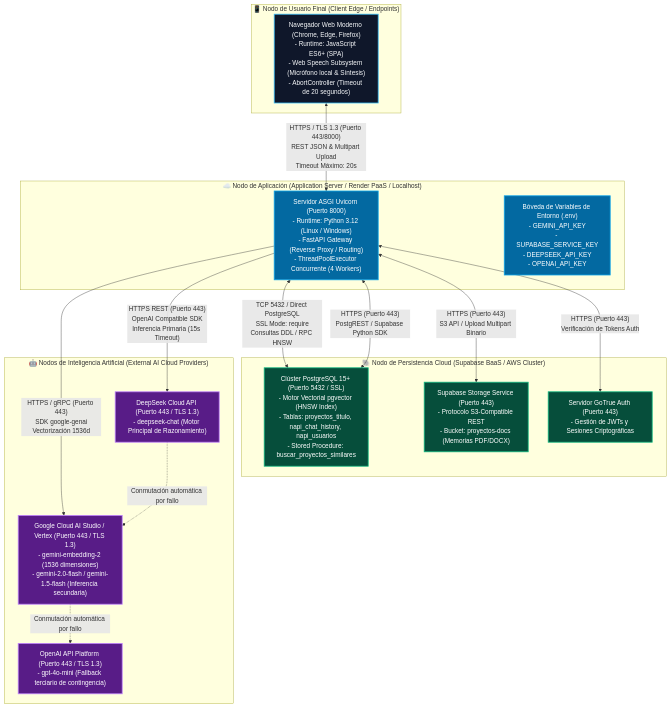
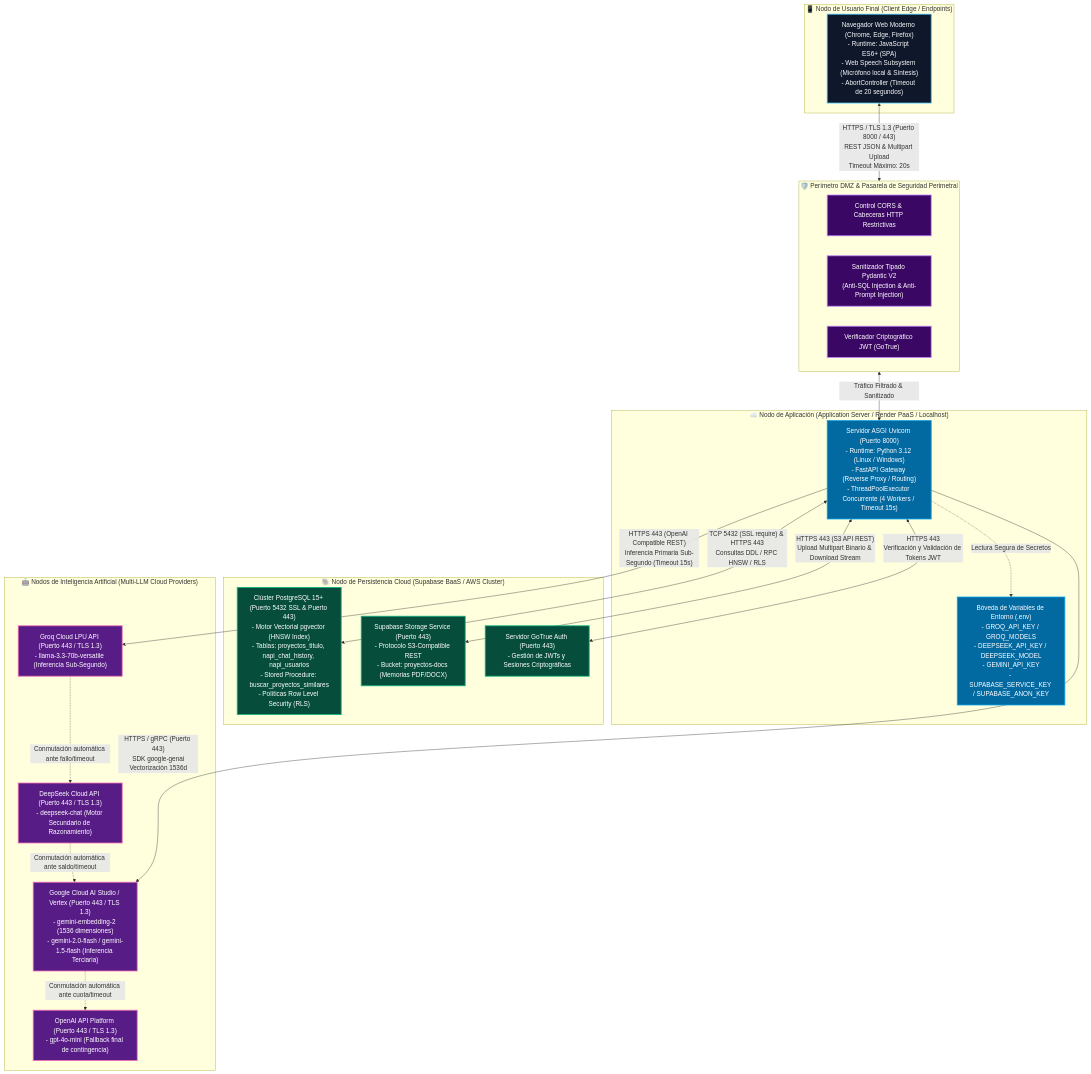
Before and after one commit to MemoryTesis2026/N.A.P.I: the diagram in docs/arquitectura/04_topologia_comunicacion.md, drawn with Mermaid. The commit also changed other lines of this file and 6 other files, not shown here.

````diff
--- a/docs/arquitectura/04_topologia_comunicacion.md
+++ b/docs/arquitectura/04_topologia_comunicacion.md
@@ -10,49 +10,59 @@
 ```mermaid
 graph TB
     %% Estilos de Nodos de Infraestructura
     classDef clientNode fill:#0f172a,stroke:#38bdf8,stroke-width:2px,color:#f8fafc;
+    classDef dmzNode fill:#3b0764,stroke:#c084fc,stroke-width:2px,color:#ffffff;
     classDef appNode fill:#0369a1,stroke:#0ea5e9,stroke-width:2px,color:#ffffff;
     classDef dbNode fill:#064e3b,stroke:#10b981,stroke-width:2px,color:#ffffff;
-    classDef cloudAINode fill:#581c87,stroke:#c084fc,stroke-width:2px,color:#ffffff;
+    classDef cloudAINode fill:#581c87,stroke:#f472b6,stroke-width:2px,color:#ffffff;
 
     %% NODO CLIENTE
     subgraph Node_Client ["📱 Nodo de Usuario Final (Client Edge / Endpoints)"]
         Browser["Navegador Web Moderno (Chrome, Edge, Firefox)\n- Runtime: JavaScript ES6+ (SPA)\n- Web Speech Subsystem (Micrófono local & Síntesis)\n- AbortController (Timeout de 20 segundos)"]:::clientNode
     end
 
-    %% ZONA DMZ / SERVIDOR DE APLICACIÓN
+    %% ZONA DMZ Y PASARELA DE SEGURIDAD
+    subgraph Node_DMZ ["🛡️ Perímetro DMZ & Pasarela de Seguridad Perimetral"]
+        CORSControl["Control CORS & Cabeceras HTTP Restrictivas"]:::dmzNode
+        PydanticSanitize["Sanitizador Tipado Pydantic V2\n(Anti-SQL Injection & Anti-Prompt Injection)"]:::dmzNode
+        TokenValidator["Verificador Criptográfico JWT (GoTrue)"]:::dmzNode
+    end
+
+    %% NODO SERVIDOR DE APLICACIÓN
     subgraph Node_AppServer ["☁️ Nodo de Aplicación (Application Server / Render PaaS / Localhost)"]
-        Uvicorn["Servidor ASGI Uvicorn (Puerto 8000)\n- Runtime: Python 3.12 (Linux / Windows)\n- FastAPI Gateway (Reverse Proxy / Routing)\n- ThreadPoolExecutor Concurrente (4 Workers)"]:::appNode
-        EnvFile["Bóveda de Variables de Entorno (.env)\n- GEMINI_API_KEY\n- SUPABASE_SERVICE_KEY\n- DEEPSEEK_API_KEY\n- OPENAI_API_KEY"]:::appNode
+        Uvicorn["Servidor ASGI Uvicorn (Puerto 8000)\n- Runtime: Python 3.12 (Linux / Windows)\n- FastAPI Gateway (Reverse Proxy / Routing)\n- ThreadPoolExecutor Concurrente (4 Workers / Timeout 15s)"]:::appNode
+        EnvFile["Bóveda de Variables de Entorno (.env)\n- GROQ_API_KEY / GROQ_MODELS\n- DEEPSEEK_API_KEY / DEEPSEEK_MODEL\n- GEMINI_API_KEY\n- SUPABASE_SERVICE_KEY / SUPABASE_ANON_KEY"]:::appNode
     end
 
     %% ZONA CLOUD BAAS SUPABASE
     subgraph Node_SupabaseCloud ["🐘 Nodo de Persistencia Cloud (Supabase BaaS / AWS Cluster)"]
-        PG_Instance["Clúster PostgreSQL 15+ (Puerto 5432 / SSL)\n- Motor Vectorial pgvector (HNSW Index)\n- Tablas: proyectos_titulo, napi_chat_history, napi_usuarios\n- Stored Procedure: buscar_proyectos_similares"]:::dbNode
+        PG_Instance["Clúster PostgreSQL 15+ (Puerto 5432 SSL & Puerto 443)\n- Motor Vectorial pgvector (HNSW Index)\n- Tablas: proyectos_titulo, napi_chat_history, napi_usuarios\n- Stored Procedure: buscar_proyectos_similares\n- Políticas Row Level Security (RLS)"]:::dbNode
         Storage_Gateway["Supabase Storage Service (Puerto 443)\n- Protocolo S3-Compatible REST\n- Bucket: proyectos-docs (Memorias PDF/DOCX)"]:::dbNode
         Auth_GoTrue["Servidor GoTrue Auth (Puerto 443)\n- Gestión de JWTs y Sesiones Criptográficas"]:::dbNode
     end
 
     %% ZONA DE SERVICIOS COGNITIVOS EN LA NUBE
-    subgraph Node_CognitiveCloud ["🤖 Nodos de Inteligencia Artificial (External AI Cloud Providers)"]
-        Google_AI["Google Cloud AI Studio / Vertex (Puerto 443 / TLS 1.3)\n- gemini-embedding-2 (1536 dimensiones)\n- gemini-2.0-flash / gemini-1.5-flash (Inferencia secundaria)"]:::cloudAINode
-        DeepSeek_AI["DeepSeek Cloud API (Puerto 443 / TLS 1.3)\n- deepseek-chat (Motor Principal de Razonamiento)"]:::cloudAINode
-        OpenAI_AI["OpenAI API Platform (Puerto 443 / TLS 1.3)\n- gpt-4o-mini (Fallback terciario de contingencia)"]:::cloudAINode
+    subgraph Node_CognitiveCloud ["🤖 Nodos de Inteligencia Artificial (Multi-LLM Cloud Providers)"]
+        Groq_AI["Groq Cloud LPU API (Puerto 443 / TLS 1.3)\n- llama-3.3-70b-versatile (Inferencia Sub-Segundo)"]:::cloudAINode
+        DeepSeek_AI["DeepSeek Cloud API (Puerto 443 / TLS 1.3)\n- deepseek-chat (Motor Secundario de Razonamiento)"]:::cloudAINode
+        Google_AI["Google Cloud AI Studio / Vertex (Puerto 443 / TLS 1.3)\n- gemini-embedding-2 (1536 dimensiones)\n- gemini-2.0-flash / gemini-1.5-flash (Inferencia Terciaria)"]:::cloudAINode
+        OpenAI_AI["OpenAI API Platform (Puerto 443 / TLS 1.3)\n- gpt-4o-mini (Fallback final de contingencia)"]:::cloudAINode
     end
 
     %% CANALES DE COMUNICACIÓN Y PROTOCOLOS
-    Browser <-->|"HTTPS / TLS 1.3 (Puerto 443/8000)\nREST JSON & Multipart Upload\nTimeout Máximo: 20s"| Uvicorn
+    Browser <-->|"HTTPS / TLS 1.3 (Puerto 8000 / 443)\nREST JSON & Multipart Upload\nTimeout Máximo: 20s"| Node_DMZ
 
-    Uvicorn <-->|"TCP 5432 / Direct PostgreSQL\nSSL Mode: require\nConsultas DDL / RPC HNSW"| PG_Instance
-    Uvicorn <-->|"HTTPS (Puerto 443)\nPostgREST / Supabase Python SDK"| PG_Instance
+    Node_DMZ <-->|"Tráfico Filtrado & Sanitizado"| Uvicorn
+    Uvicorn -.->|"Lectura Segura de Secretos"| EnvFile
 
-    Uvicorn <-->|"HTTPS (Puerto 443)\nS3 API / Upload Multipart Binario"| Storage_Gateway
-    Uvicorn <-->|"HTTPS (Puerto 443)\nVerificación de Tokens Auth"| Auth_GoTrue
+    Uvicorn <-->|"TCP 5432 (SSL require) & HTTPS 443\nConsultas DDL / RPC HNSW / RLS"| PG_Instance
+    Uvicorn <-->|"HTTPS 443 (S3 API REST)\nUpload Multipart Binario & Download Stream"| Storage_Gateway
+    Uvicorn <-->|"HTTPS 443\nVerificación y Validación de Tokens JWT"| Auth_GoTrue
+
+    Uvicorn -->|"HTTPS 443 (OpenAI Compatible REST)\nInferencia Primaria Sub-Segundo (Timeout 15s)"| Groq_AI
+    Groq_AI -.->|"Conmutación automática ante fallo/timeout"| DeepSeek_AI
+    DeepSeek_AI -.->|"Conmutación automática ante saldo/timeout"| Google_AI
+    Google_AI -.->|"Conmutación automática ante cuota/timeout"| OpenAI_AI
 
     Uvicorn -->|"HTTPS / gRPC (Puerto 443)\nSDK google-genai\nVectorización 1536d"| Google_AI
-
-    Uvicorn -->|"HTTPS REST (Puerto 443)\nOpenAI Compatible SDK\nInferencia Primaria (15s Timeout)"| DeepSeek_AI
-
-    DeepSeek_AI -.->|"Conmutación automática por fallo"| Google_AI
-    Google_AI -.->|"Conmutación automática por fallo"| OpenAI_AI
 ```
````
